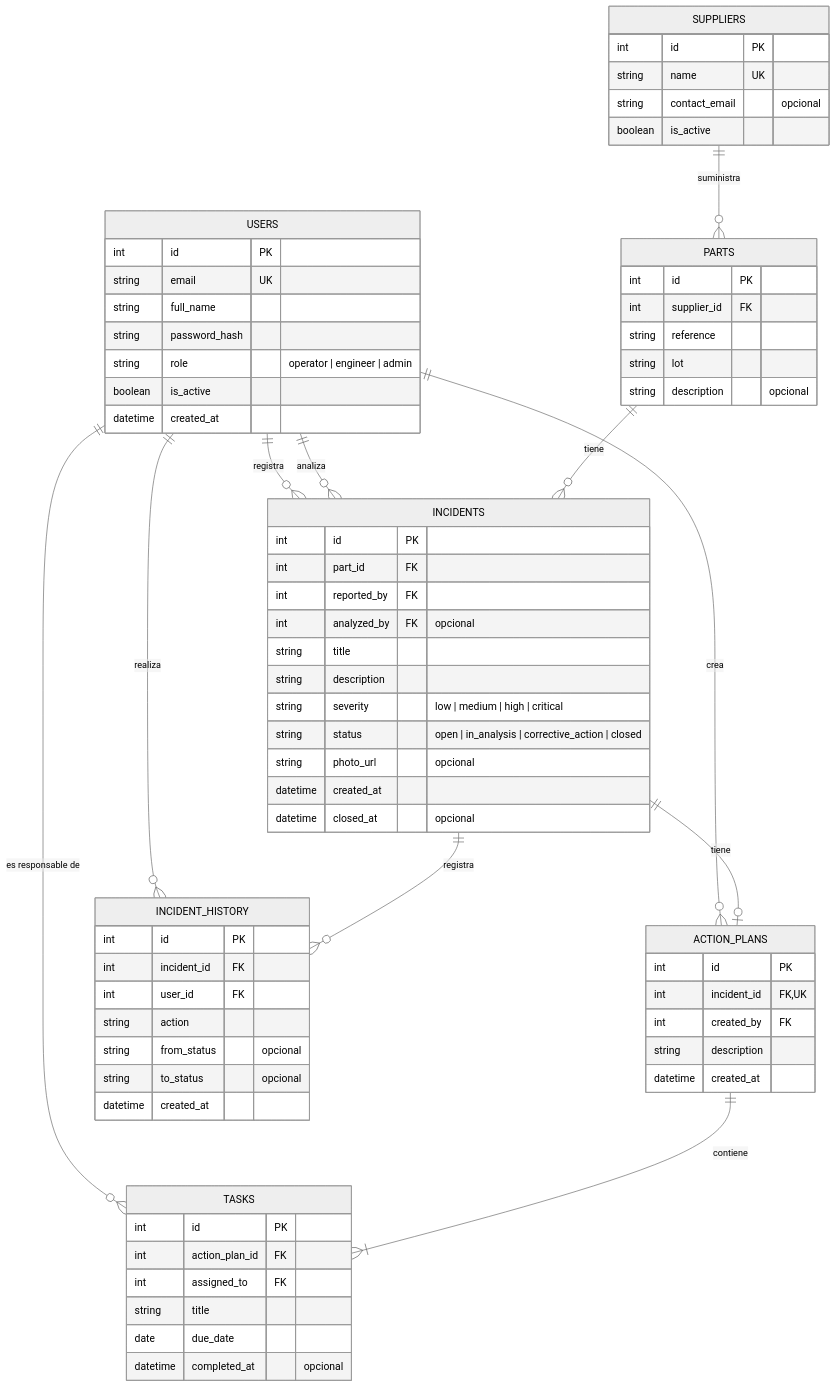
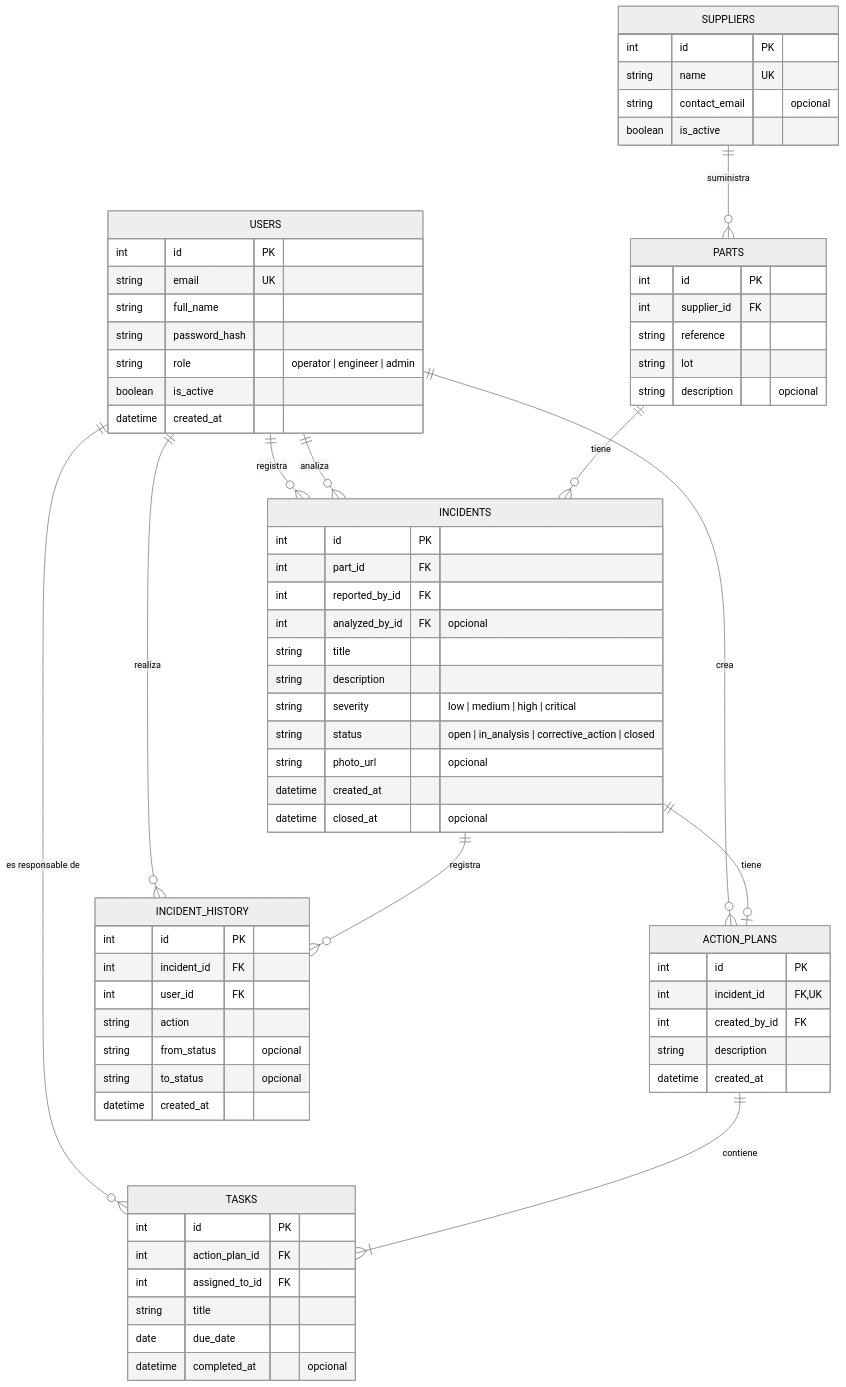
One commit to biscolrabo/SupplyGuard changed the diagram in docs/data-model.md. Above: the diagram before and after it, drawn with Mermaid (neutral theme). The commit also changed other lines of this file and 9 other files, not shown here.

````diff
--- a/docs/data-model.md
+++ b/docs/data-model.md
@@ -5,79 +5,79 @@
 ```mermaid
 erDiagram
     USERS ||--o{ INCIDENTS : "registra"
     USERS ||--o{ INCIDENTS : "analiza"
     USERS ||--o{ ACTION_PLANS : "crea"
     USERS ||--o{ TASKS : "es responsable de"
     USERS ||--o{ INCIDENT_HISTORY : "realiza"
     SUPPLIERS ||--o{ PARTS : "suministra"
     PARTS ||--o{ INCIDENTS : "tiene"
     INCIDENTS ||--o| ACTION_PLANS : "tiene"
     INCIDENTS ||--o{ INCIDENT_HISTORY : "registra"
     ACTION_PLANS ||--|{ TASKS : "contiene"
 
     USERS {
         int id PK
         string email UK
         string full_name
         string password_hash
         string role "operator | engineer | admin"
         boolean is_active
         datetime created_at
     }
 
     SUPPLIERS {
         int id PK
         string name UK
         string contact_email "opcional"
         boolean is_active
     }
 
     PARTS {
         int id PK
         int supplier_id FK
         string reference
         string lot
         string description "opcional"
     }
 
     INCIDENTS {
         int id PK
         int part_id FK
-        int reported_by FK
-        int analyzed_by FK "opcional"
+        int reported_by_id FK
+        int analyzed_by_id FK "opcional"
         string title
         string description
         string severity "low | medium | high | critical"
         string status "open | in_analysis | corrective_action | closed"
         string photo_url "opcional"
         datetime created_at
         datetime closed_at "opcional"
     }
 
     ACTION_PLANS {
         int id PK
         int incident_id FK, UK
-        int created_by FK
+        int created_by_id FK
         string description
         datetime created_at
     }
 
     TASKS {
         int id PK
         int action_plan_id FK
-        int assigned_to FK
+        int assigned_to_id FK
         string title
         date due_date
         datetime completed_at "opcional"
     }
 
     INCIDENT_HISTORY {
         int id PK
         int incident_id FK
         int user_id FK
         string action
         string from_status "opcional"
         string to_status "opcional"
         datetime created_at
     }
 ```
````
